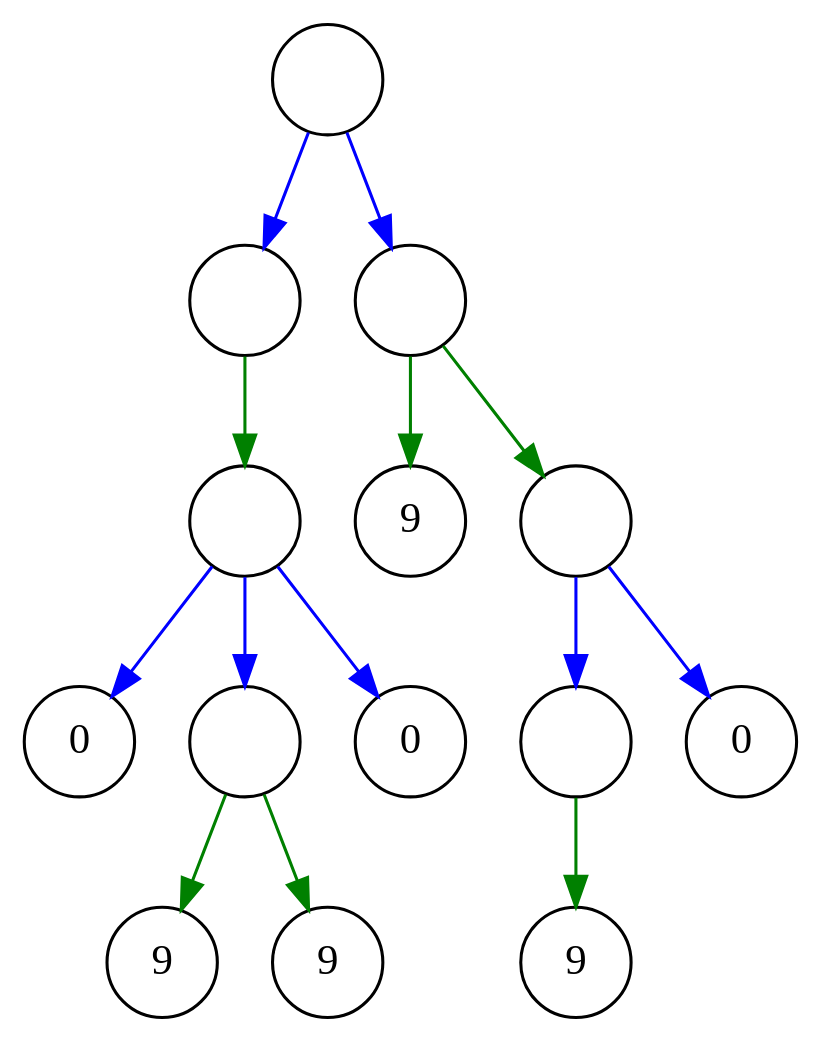
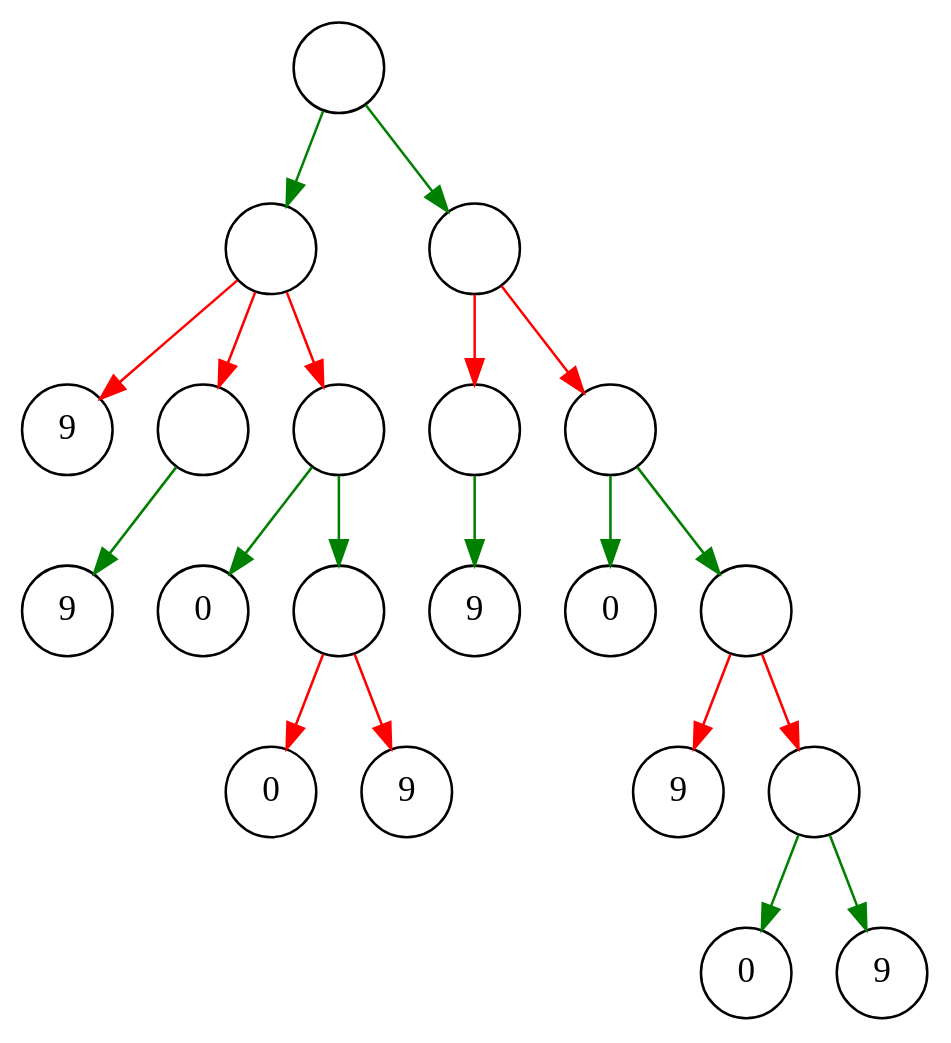
Before and after one commit to unibz-pp-23-24/unibz-pp-23-24.github.io: the diagram in img/graphs/minimax.dot, drawn with Graphviz. The commit also changed 330 other files, not shown here.

```diff
--- a/img/graphs/minimax.dot
+++ b/img/graphs/minimax.dot
@@ -1,36 +1,54 @@
 digraph tree {
 graph [size="8.5!"]
     node [shape=circle]
     a[label=""];
     b[label=""]
     c[label=""]
-    d[label=""]
-    e[label="9"]
+    d[label="9"]
+    e[label=""]
     f[label=""]
-    g[label="0"]
+    g[label=""]
     h[label=""]
-    i[label="0"]
-    j[label=""]
-    k[label="0"]
+    i[label="9"]
+    j[label="0"]
+    k[label=""]
     l[label="9"]
-    m[label="9"]
-    n[label="9"]
+    m[label="0"]
+    n[label=""]
+    o[label="0"]
+    p[label="9"]
+    q[label="9"]
+    r[label=""]
+    s[label="0"]
+    t[label="9"]
 
-    a -> b[color="blue"];
-    a -> c[color="blue"];
-    b -> d[color="green"];
-    c -> e[color="green"];
-    c -> f[color="green"];
+    a -> b[color="green"];
+    a -> c[color="green"];
     
-    d -> g[color="blue"];
-    d -> h[color="blue"];
-    d -> i[color="blue"];
+
+    b -> d[color="red"];
+    b -> e[color="red"];
+    b -> f[color="red"];
+ 
+    c -> g[color="red"];
+    c -> h[color="red"];
+
+    e -> i[color="green"];
     
-    f -> j[color="blue"];
-    f -> k[color="blue"];
+    f -> j[color="green"];
+    f -> k[color="green"];
+    
+    g -> l[color="green"];
+    
+    h -> m[color="green"];
+    h -> n[color="green"];
 
-    h -> l[color="green"];
-    h -> m[color="green"];
-
-    j -> n[color="green"];
+    k -> o[color="red"];
+    k -> p[color="red"];
+    
+    n -> q[color="red"];
+    n -> r[color="red"];
+    
+    r -> s[color="green"];
+    r -> t[color="green"];
 }
```
